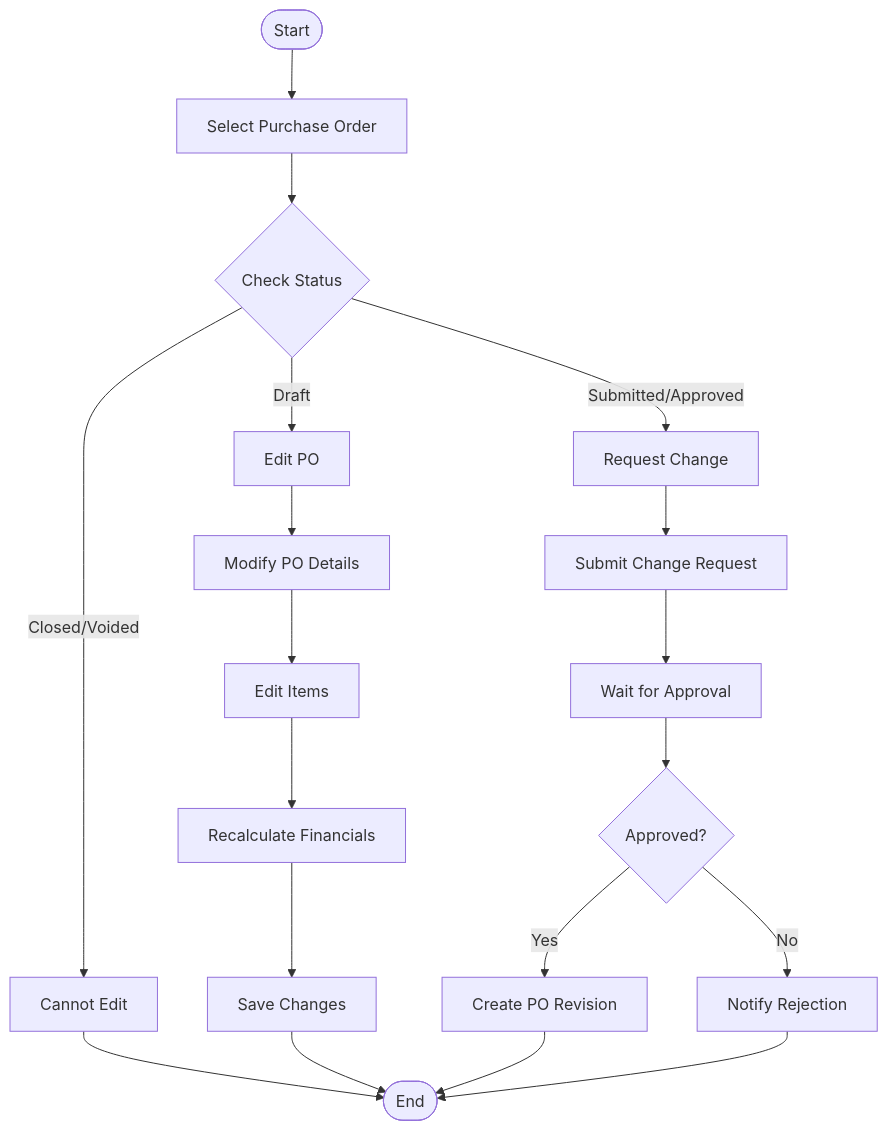
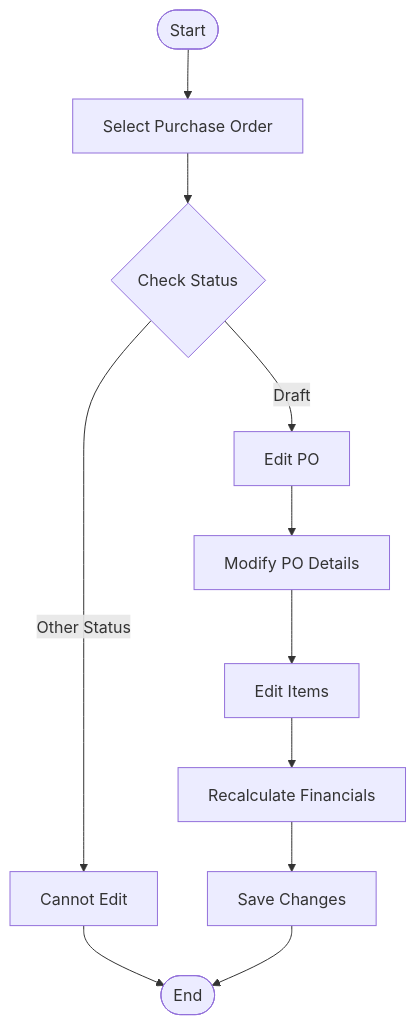
One commit to CarmenSoftware-organization/carmen changed the third of 7 diagrams in docs/po/purchase-order-user-flow.md. Above: the diagram before and after it, drawn with Mermaid. The commit also changed other lines of this file and 188 other files, not shown here.

````diff
--- a/docs/po/purchase-order-user-flow.md
+++ b/docs/po/purchase-order-user-flow.md
@@ -93,27 +69,19 @@
 ```mermaid
 flowchart TD
     Start([Start]) --> SelectPO[Select Purchase Order]
     SelectPO --> CheckStatus{Check Status}
     
     CheckStatus -->|Draft| EditPO[Edit PO]
-    CheckStatus -->|Submitted/Approved| RequestChange[Request Change]
-    CheckStatus -->|Closed/Voided| CannotEdit[Cannot Edit]
+    CheckStatus -->|Other Status| CannotEdit[Cannot Edit]
     
     EditPO --> ModifyDetails[Modify PO Details]
-    RequestChange --> SubmitChangeRequest[Submit Change Request]
     CannotEdit --> End([End])
     
     ModifyDetails --> EditItems[Edit Items]
-    SubmitChangeRequest --> WaitApproval[Wait for Approval]
     
     EditItems --> RecalculateFinancials[Recalculate Financials]
-    WaitApproval --> ApprovalDecision{Approved?}
     
     RecalculateFinancials --> SaveChanges[Save Changes]
-    ApprovalDecision -->|Yes| CreateRevision[Create PO Revision]
-    ApprovalDecision -->|No| NotifyRejection[Notify Rejection]
     
     SaveChanges --> End
-    CreateRevision --> End
-    NotifyRejection --> End
 ```
````
